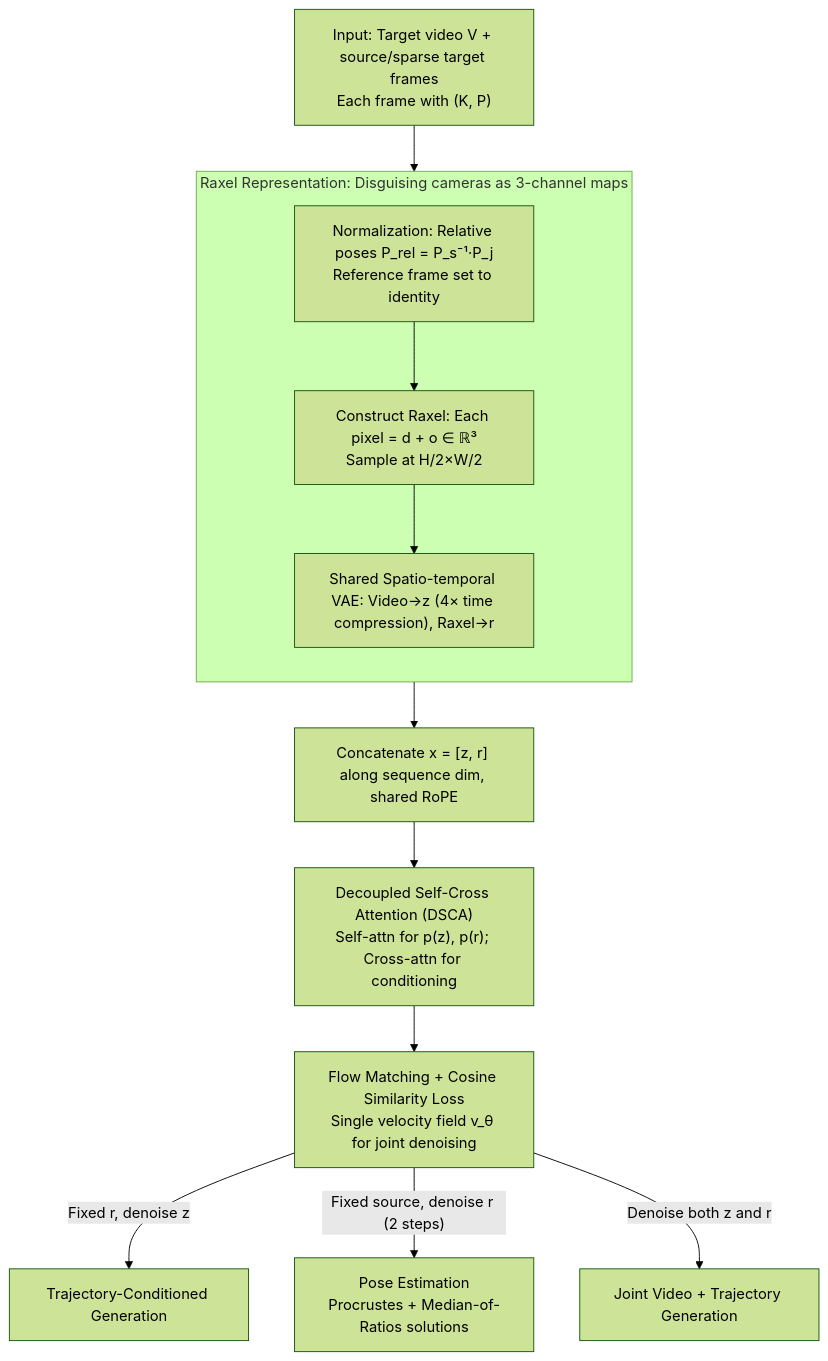
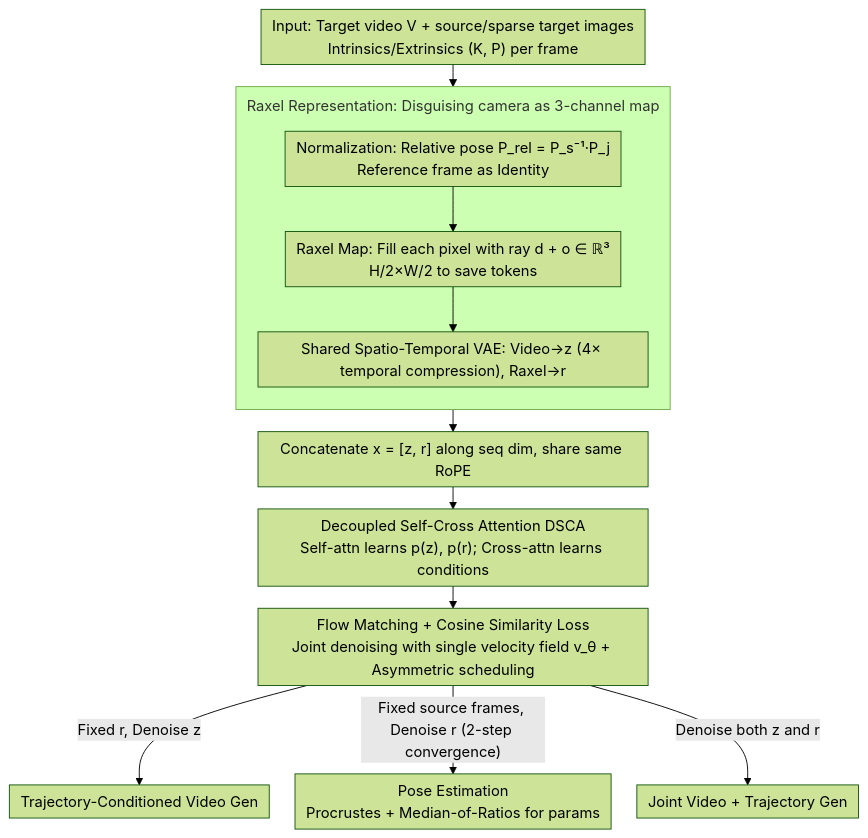
The diagram in docs/ICML2026/video_generation/rays_as_pixels_learning_a_joint_distribution_of_videos_and_camera_trajectories.md (zhaoyang97/Paper-Notes-en), drawn with Mermaid (forest theme) before and after one commit. The commit also changed other lines of this file and 5084 other files, not shown here.

````diff
--- a/docs/ICML2026/video_generation/rays_as_pixels_learning_a_joint_distribution_of_videos_and_camera_trajectories.md
+++ b/docs/ICML2026/video_generation/rays_as_pixels_learning_a_joint_distribution_of_videos_and_camera_trajectories.md
@@ -50,18 +50,19 @@
 ```mermaid
-graph TD
-    IN["Input: Target video V + source/sparse target frames<br/>Each frame with (K, P)"]
-    subgraph RAX["Raxel Representation: Disguising cameras as 3-channel maps"]
+%%{init: {'flowchart': {'rankSpacing': 24, 'nodeSpacing': 28, 'padding': 6, 'wrappingWidth': 400, 'subGraphTitleMargin': {'top': 8, 'bottom': 16}}}}%%
+flowchart TD
+    IN["Input: Target video V + source/sparse target images<br/>Intrinsics/Extrinsics (K, P) per frame"]
+    subgraph RAX["Raxel Representation: Disguising camera as 3-channel map"]
         direction TB
-        C["Normalization: Relative poses P_rel = P_s⁻¹·P_j<br/>Reference frame set to identity"]
-        R["Construct Raxel: Each pixel = d + o ∈ ℝ³<br/>Sample at H/2×W/2"]
-        E["Shared Spatio-temporal VAE: Video→z (4× time compression), Raxel→r"]
+        C["Normalization: Relative pose P_rel = P_s⁻¹·P_j<br/>Reference frame as Identity"]
+        R["Raxel Map: Fill each pixel with ray d + o ∈ ℝ³<br/>H/2×W/2 to save tokens"]
+        E["Shared Spatio-Temporal VAE: Video→z (4× temporal compression), Raxel→r"]
         C --> R --> E
     end
     IN --> RAX
-    RAX --> CAT["Concatenate x = [z, r] along sequence dim, shared RoPE"]
-    CAT --> DSCA["Decoupled Self-Cross Attention (DSCA)<br/>Self-attn for p(z), p(r); Cross-attn for conditioning"]
-    DSCA --> FM["Flow Matching + Cosine Similarity Loss<br/>Single velocity field v_θ for joint denoising"]
-    FM -->|"Fixed r, denoise z"| O1["Trajectory-Conditioned Generation"]
-    FM -->|"Fixed source, denoise r (2 steps)"| O2["Pose Estimation<br/>Procrustes + Median-of-Ratios solutions"]
-    FM -->|"Denoise both z and r"| O3["Joint Video + Trajectory Generation"]
+    RAX --> CAT["Concatenate x = [z, r] along seq dim, share same RoPE"]
+    CAT --> DSCA["Decoupled Self-Cross Attention DSCA<br/>Self-attn learns p(z), p(r); Cross-attn learns conditions"]
+    DSCA --> FM["Flow Matching + Cosine Similarity Loss<br/>Joint denoising with single velocity field v_θ + Asymmetric scheduling"]
+    FM -->|"Fixed r, Denoise z"| O1["Trajectory-Conditioned Video Gen"]
+    FM -->|"Fixed source frames, Denoise r (2-step convergence)"| O2["Pose Estimation<br/>Procrustes + Median-of-Ratios for params"]
+    FM -->|"Denoise both z and r"| O3["Joint Video + Trajectory Gen"]
 ```
````
